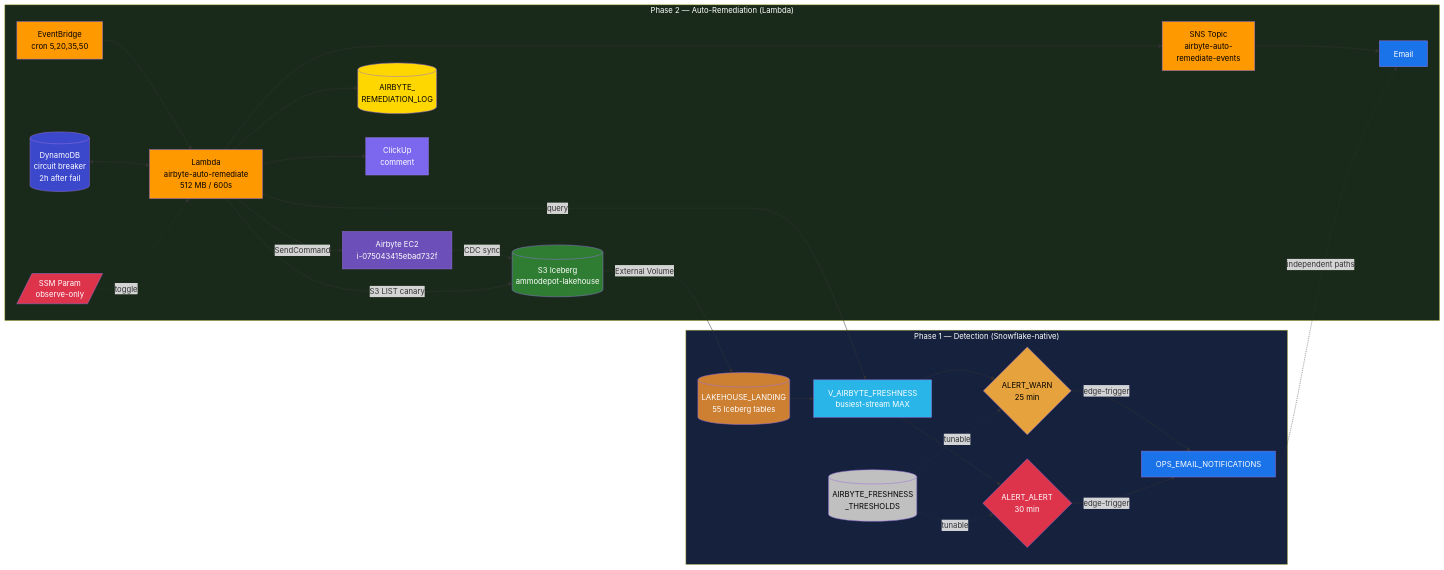
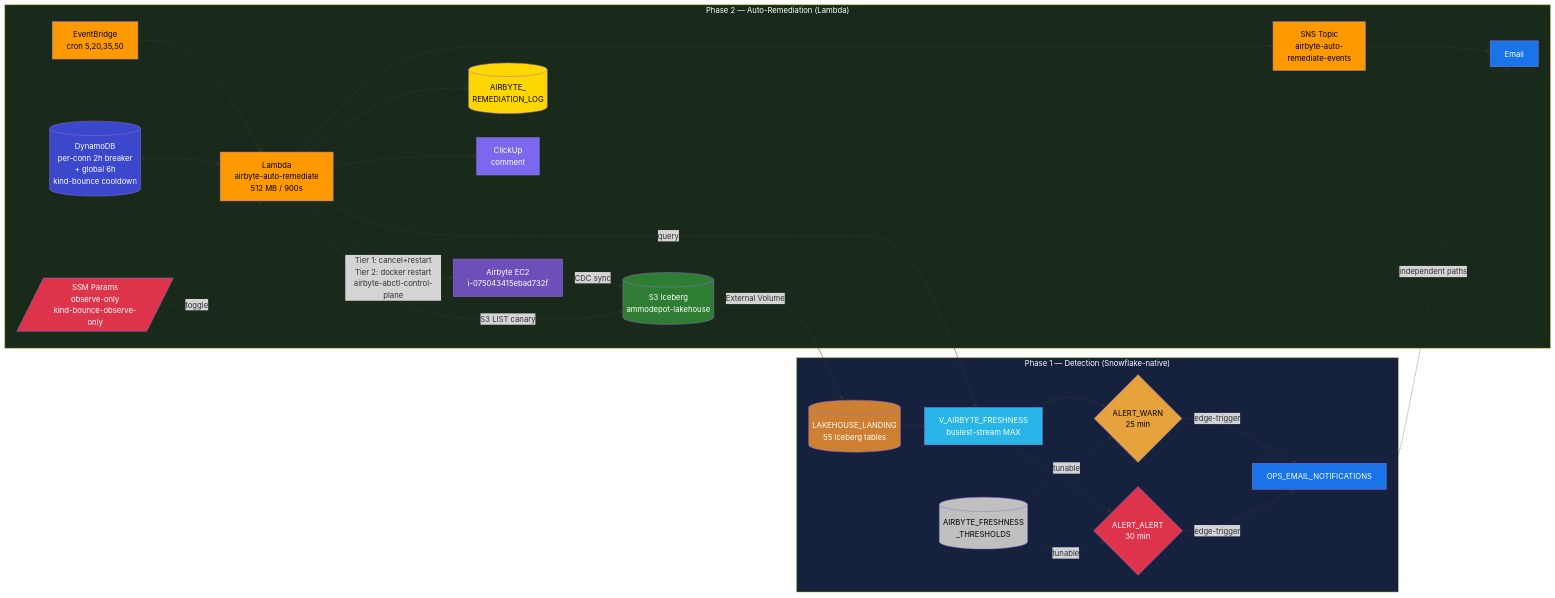
One commit to trinityBI-HQ/dbt_ammodepot changed the fourth of 4 diagrams in README.md. Above: the diagram before and after it, drawn with Mermaid. The commit also changed other lines of this file, not shown here.

First line of the commit message:
docs(readme): add Phase 2.1 kind-bounce tier and update Phase 2 description

````diff
--- a/README.md
+++ b/README.md
@@ -447,49 +447,49 @@
 ```mermaid
 flowchart LR
     AB[Airbyte EC2<br/>i-075043415ebad732f] -->|CDC sync| S3[(S3 Iceberg<br/>ammodepot-lakehouse)]
     S3 -->|External Volume| LL[(LAKEHOUSE_LANDING<br/>55 Iceberg tables)]
 
     subgraph P1["Phase 1 — Detection (Snowflake-native)"]
         LL --> VF[V_AIRBYTE_FRESHNESS<br/>busiest-stream MAX]
         VF --> AW{ALERT_WARN<br/>25 min}
         VF --> AA{ALERT_ALERT<br/>30 min}
         AW -->|edge-trigger| EM[OPS_EMAIL_NOTIFICATIONS]
         AA -->|edge-trigger| EM
         TH[(AIRBYTE_FRESHNESS<br/>_THRESHOLDS)] -.->|tunable| AW
         TH -.->|tunable| AA
     end
 
     subgraph P2["Phase 2 — Auto-Remediation (Lambda)"]
-        EB[EventBridge<br/>cron 5,20,35,50] --> LM[Lambda<br/>airbyte-auto-remediate<br/>512 MB / 600s]
+        EB[EventBridge<br/>cron 5,20,35,50] --> LM[Lambda<br/>airbyte-auto-remediate<br/>512 MB / 900s]
         LM -->|query| VF
         LM -->|S3 LIST canary| S3
-        DB[(DynamoDB<br/>circuit breaker<br/>2h after fail)] <--> LM
-        SP[/SSM Param<br/>observe-only/] -.->|toggle| LM
-        LM -->|SendCommand| AB
+        DB[(DynamoDB<br/>per-conn 2h breaker<br/>+ global 6h<br/>kind-bounce cooldown)] <--> LM
+        SP[/SSM Params<br/>observe-only<br/>kind-bounce-observe-only/] -.->|toggle| LM
+        LM -->|Tier 1: cancel+restart<br/>Tier 2: docker restart<br/>airbyte-abctl-control-plane| AB
         LM --> AL[(AIRBYTE_<br/>REMEDIATION_LOG)]
         LM --> SNS[SNS Topic<br/>airbyte-auto-<br/>remediate-events]
         LM --> CU[ClickUp<br/>comment]
         SNS --> EM2[Email]
     end
 
     EM -.->|independent paths| EM2
 
     style AB fill:#6c4fb8,color:#fff
     style S3 fill:#2e7d32,color:#fff
     style LL fill:#cd7f32,color:#fff
     style VF fill:#29b5e8,color:#fff
     style AW fill:#e6a23c,color:#000
     style AA fill:#dd344c,color:#fff
     style EM fill:#1a73e8,color:#fff
     style EM2 fill:#1a73e8,color:#fff
     style EB fill:#ff9900,color:#000
     style LM fill:#ff9900,color:#000
     style DB fill:#3b48cc,color:#fff
     style SP fill:#dd344c,color:#fff
     style AL fill:#ffd700,color:#000
     style SNS fill:#ff9900,color:#000
     style CU fill:#7b68ee,color:#fff
     style TH fill:#c0c0c0,color:#000
     style P1 fill:#16213e,color:#fff
     style P2 fill:#1a2a1a,color:#fff
 ```
````
